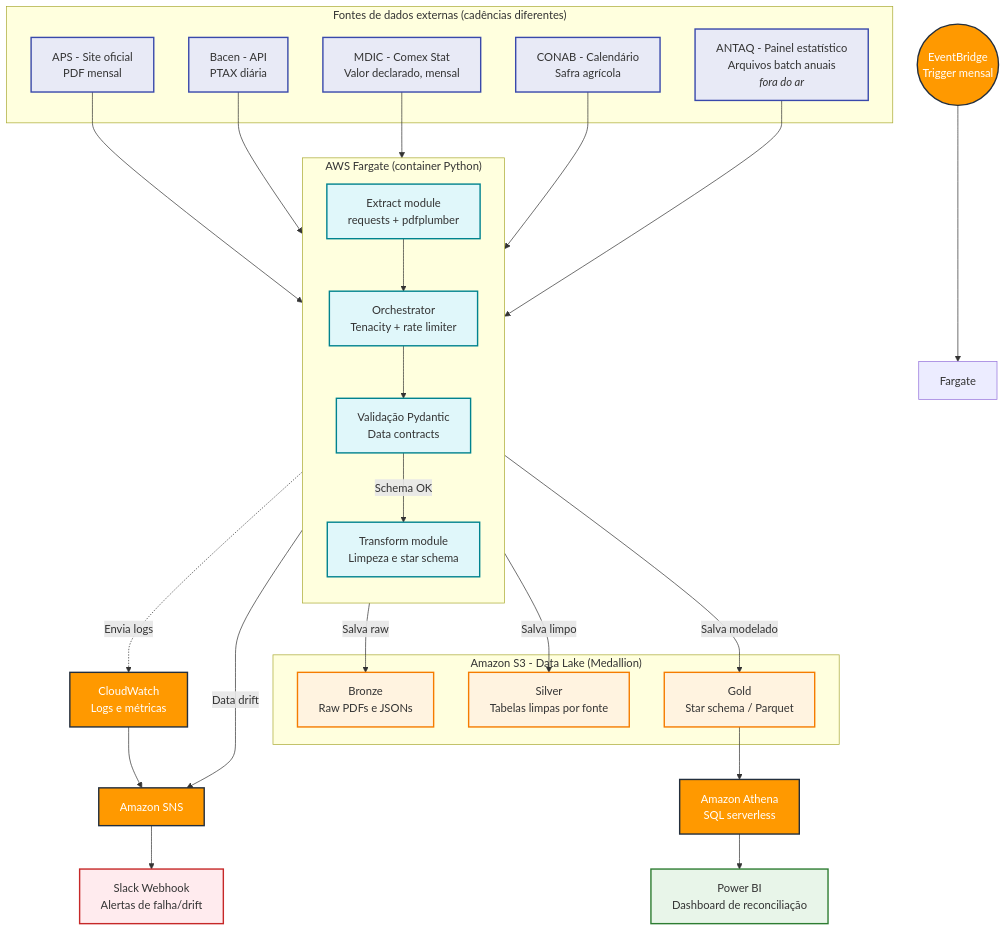
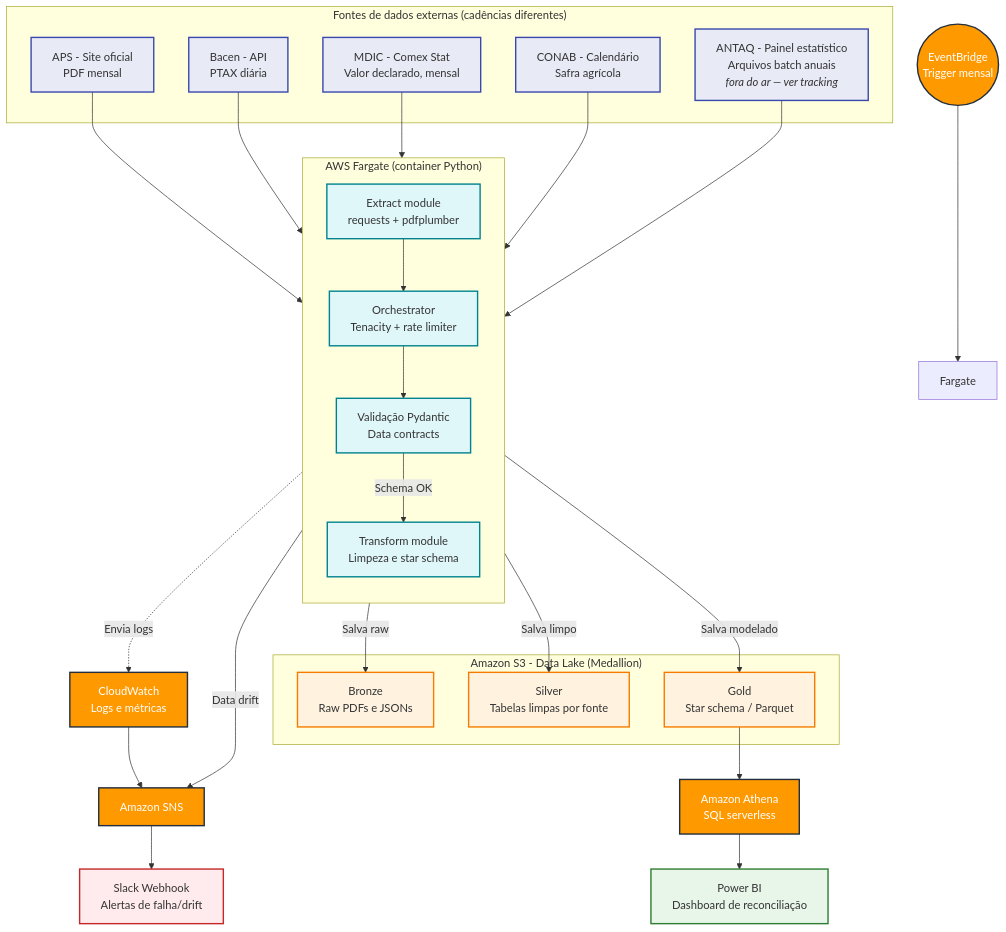
Before and after one commit to Magalhaes-vitor/comex-data-product: the diagram in README.md, drawn with Mermaid. The commit also changed other lines of this file, not shown here.

First line of the commit message:
Clarify ANTAQ source status and add tracking section

````diff
--- a/README.md
+++ b/README.md
@@ -109,56 +110,56 @@
 ```mermaid
 graph TD
     classDef source fill:#E8EAF6,stroke:#3949AB,stroke-width:2px;
     classDef aws fill:#FF9900,stroke:#232F3E,stroke-width:2px,color:#FFFFFF;
     classDef storage fill:#FFF3E0,stroke:#F57C00,stroke-width:2px;
     classDef compute fill:#E0F7FA,stroke:#00838F,stroke-width:2px;
     classDef monitor fill:#FFEBEE,stroke:#C62828,stroke-width:2px;
     classDef bi fill:#E8F5E9,stroke:#2E7D32,stroke-width:2px;
 
     subgraph Extras["Fontes de dados externas (cadências diferentes)"]
         APS[APS - Site oficial<br>PDF mensal]:::source
         BACEN[Bacen - API<br>PTAX diária]:::source
         MDIC[MDIC - Comex Stat<br>Valor declarado, mensal]:::source
         CONAB[CONAB - Calendário<br>Safra agrícola]:::source
-        ANTAQ[ANTAQ - Painel estatístico<br>Arquivos batch anuais<br><i>fora do ar</i>]:::source
+        ANTAQ[ANTAQ - Painel estatístico<br>Arquivos batch anuais<br><i>fora do ar — ver tracking</i>]:::source
     end
 
     EB(("EventBridge<br>Trigger mensal")):::aws --> Fargate
 
     subgraph Compute["AWS Fargate (container Python)"]
         direction TB
         Orchestrator[Orchestrator<br>Tenacity + rate limiter]:::compute
         Extract[Extract module<br>requests + pdfplumber]:::compute
         Validation[Validação Pydantic<br>Data contracts]:::compute
         Transform[Transform module<br>Limpeza e star schema]:::compute
     end
 
     subgraph Lake["Amazon S3 - Data Lake (Medallion)"]
         Bronze[Bronze<br>Raw PDFs e JSONs]:::storage
         Silver[Silver<br>Tabelas limpas por fonte]:::storage
         Gold[Gold<br>Star schema / Parquet]:::storage
     end
 
     Athena[Amazon Athena<br>SQL serverless]:::aws --> BI[Power BI<br>Dashboard de reconciliação]:::bi
 
     CW[CloudWatch<br>Logs e métricas]:::aws --> SNS[Amazon SNS]:::aws --> Slack[Slack Webhook<br>Alertas de falha/drift]:::monitor
 
     APS --> Extract
     BACEN --> Extract
     MDIC --> Extract
     CONAB --> Extract
     ANTAQ --> Extract
 
     Extract --> Orchestrator
     Orchestrator --> Validation
 
     Validation -- "Schema OK" --> Transform
     Validation -- "Data drift" --> SNS
 
     Transform -->|Salva raw| Bronze
     Transform -->|Salva limpo| Silver
     Transform -->|Salva modelado| Gold
 
     Gold --> Athena
     Transform -.->|Envia logs| CW
 ```
````
